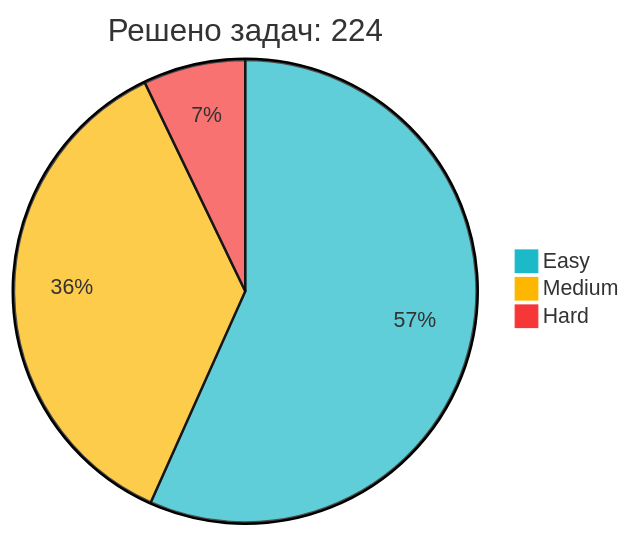
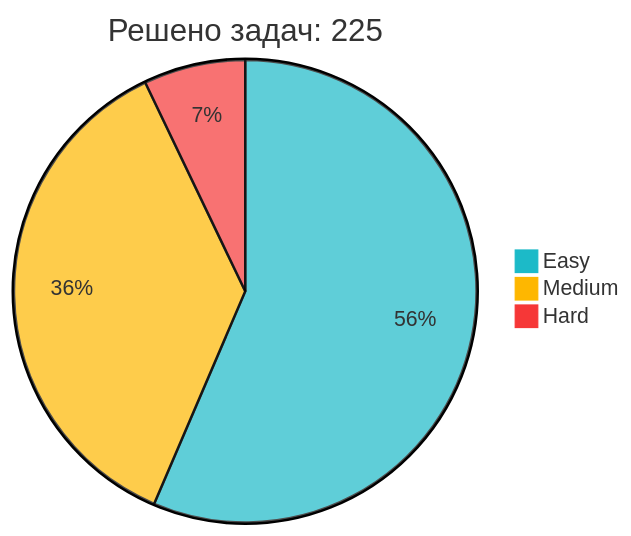
One commit to IliaKurdukov/IliaKurdukov changed the diagram in README.md. Above: the diagram before and after it, drawn with Mermaid. The commit also changed other lines of this file, not shown here.

Commit message:
📈 Обновление статистики LeetCode

````diff
--- a/README.md
+++ b/README.md
@@ -51,7 +51,7 @@
 ```mermaid
 %%{init: {'theme': 'base', 'themeVariables': { 'pie1': '#1CBAC8', 'pie2': '#FEB700', 'pie3': '#F63737' }, 'config': {'width': 300, 'height': 200}}}%%
-pie title Решено задач: 224
+pie title Решено задач: 225
    "Easy" : 127
-   "Medium" : 81
+   "Medium" : 82
    "Hard" : 16
 ```
````
